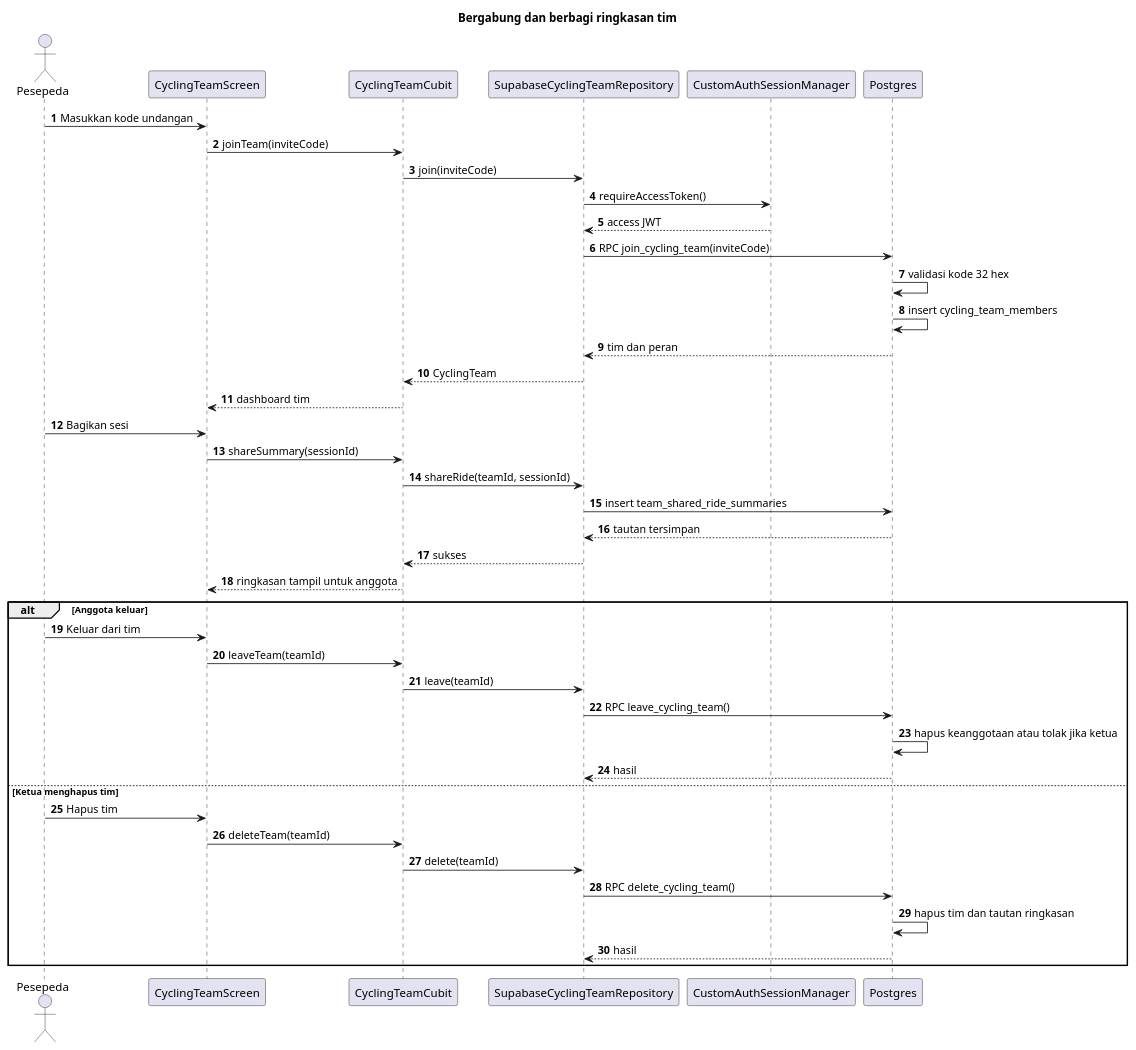
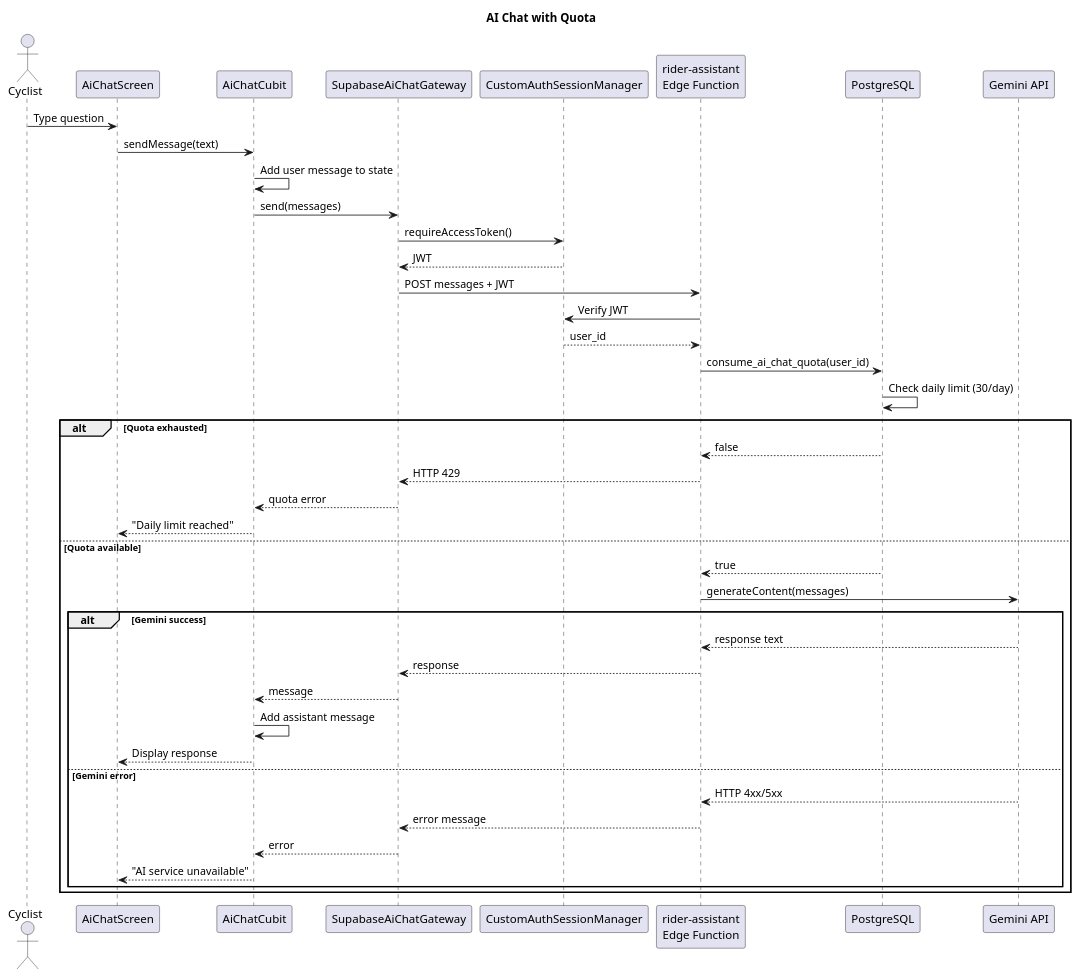
One commit to IvandryPage/senapath-app changed the eighth of 8 diagrams in docs/UML.md. Above: the diagram before and after it, drawn with PlantUML. The commit also changed other lines of this file and 119 other files, not shown here.

````diff
--- a/docs/UML.md
+++ b/docs/UML.md
@@ -815,49 +795,53 @@
 ```plantuml
 @startuml
-title Bergabung dan berbagi ringkasan tim
-autonumber
+title AI Chat with Quota
 
-actor "Pesepeda" as User
-participant "CyclingTeamScreen" as UI
-participant "CyclingTeamCubit" as Cubit
-participant "SupabaseCyclingTeamRepository" as Repo
+actor Cyclist
+participant "AiChatScreen" as UI
+participant "AiChatCubit" as Cubit
+participant "SupabaseAiChatGateway" as Gateway
 participant "CustomAuthSessionManager" as Session
-participant "Postgres" as DB
+participant "rider-assistant\nEdge Function" as Assistant
+participant "PostgreSQL" as DB
+participant "Gemini API" as Gemini
 
-User -> UI : Masukkan kode undangan
-UI -> Cubit : joinTeam(inviteCode)
-Cubit -> Repo : join(inviteCode)
-Repo -> Session : requireAccessToken()
-Session --> Repo : access JWT
-Repo -> DB : RPC join_cycling_team(inviteCode)
-DB -> DB : validasi kode 32 hex
-DB -> DB : insert cycling_team_members
-DB --> Repo : tim dan peran
-Repo --> Cubit : CyclingTeam
-Cubit --> UI : dashboard tim
+Cyclist -> UI: Type question
+UI -> Cubit: sendMessage(text)
+Cubit -> Cubit: Add user message to state
 
-User -> UI : Bagikan sesi
-UI -> Cubit : shareSummary(sessionId)
-Cubit -> Repo : shareRide(teamId, sessionId)
-Repo -> DB : insert team_shared_ride_summaries
-DB --> Repo : tautan tersimpan
-Repo --> Cubit : sukses
-Cubit --> UI : ringkasan tampil untuk anggota
+Cubit -> Gateway: send(messages)
+Gateway -> Session: requireAccessToken()
+Session --> Gateway: JWT
 
-alt Anggota keluar
-  User -> UI : Keluar dari tim
-  UI -> Cubit : leaveTeam(teamId)
-  Cubit -> Repo : leave(teamId)
-  Repo -> DB : RPC leave_cycling_team()
-  DB -> DB : hapus keanggotaan atau tolak jika ketua
-  DB --> Repo : hasil
-else Ketua menghapus tim
-  User -> UI : Hapus tim
-  UI -> Cubit : deleteTeam(teamId)
-  Cubit -> Repo : delete(teamId)
-  Repo -> DB : RPC delete_cycling_team()
-  DB -> DB : hapus tim dan tautan ringkasan
-  DB --> Repo : hasil
+Gateway -> Assistant: POST messages + JWT
+Assistant -> Session: Verify JWT
+Session --> Assistant: user_id
+
+Assistant -> DB: consume_ai_chat_quota(user_id)
+DB -> DB: Check daily limit (30/day)
+
+alt Quota exhausted
+  DB --> Assistant: false
+  Assistant --> Gateway: HTTP 429
+  Gateway --> Cubit: quota error
+  Cubit --> UI: "Daily limit reached"
+else Quota available
+  DB --> Assistant: true
+  Assistant -> Gemini: generateContent(messages)
+  
+  alt Gemini success
+    Gemini --> Assistant: response text
+    Assistant --> Gateway: response
+    Gateway --> Cubit: message
+    Cubit -> Cubit: Add assistant message
+    Cubit --> UI: Display response
+  else Gemini error
+    Gemini --> Assistant: HTTP 4xx/5xx
+    Assistant --> Gateway: error message
+    Gateway --> Cubit: error
+    Cubit --> UI: "AI service unavailable"
+  end
 end
+
 @enduml
 ```
````
